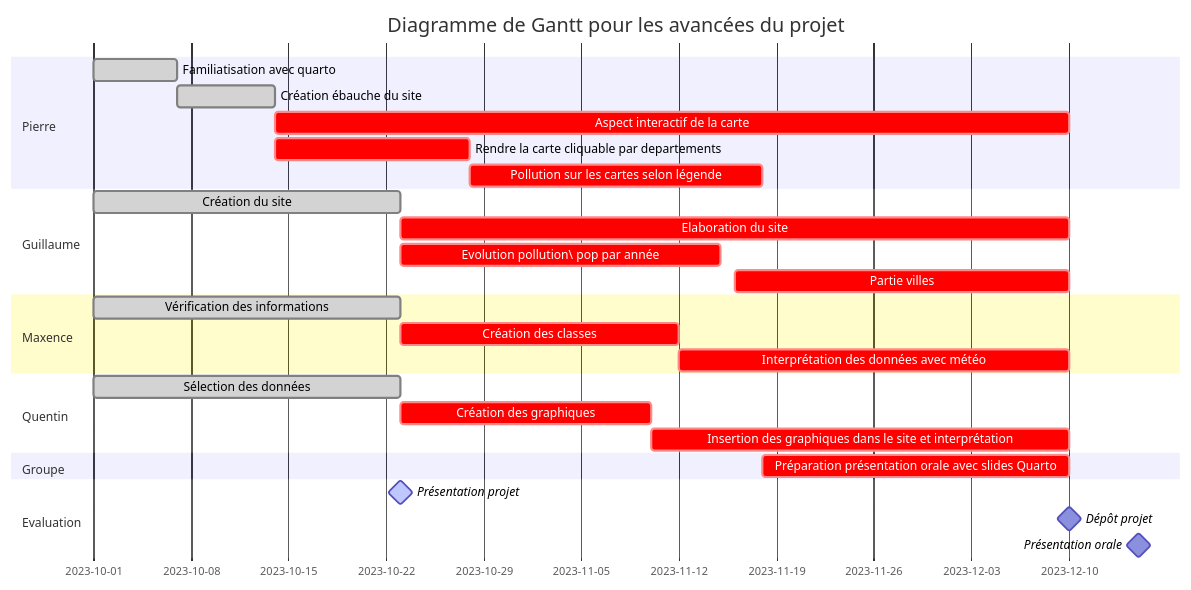
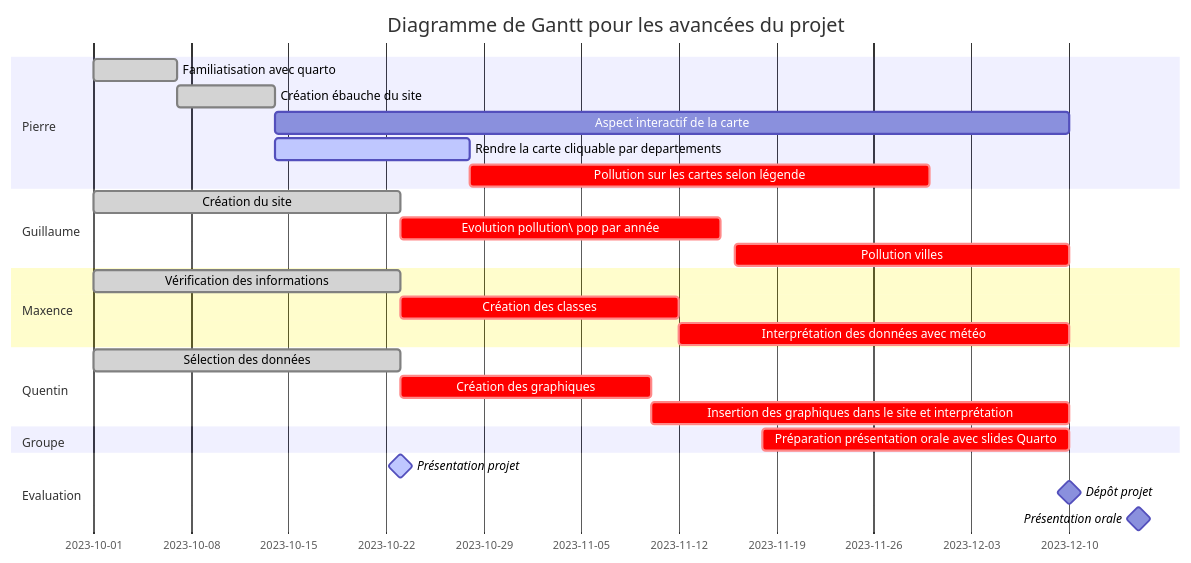
Before and after one commit to guibouland/GroupProject: the diagram in roadmap/README.qmd, drawn with Mermaid.

Commit message:
modif roadmap

````diff
--- a/roadmap/README.qmd
+++ b/roadmap/README.qmd
@@ -29,37 +29,36 @@
 ```{mermaid}
     gantt
         dateFormat YYYY-MM-DD
         title Diagramme de Gantt pour les avancées du projet
         
         section Pierre
             Familiatisation avec quarto  : done,     2023-10-01, 2023-10-07
             Création ébauche du site : done,   2023-10-07, 2023-10-14
-            Aspect interactif de la carte : crit,         2023-10-14, 2023-12-10
-            Rendre la carte cliquable par departements : crit,  2023-10-14, 2023-10-28
-            Pollution sur les cartes selon légende : crit, 2023-10-28, 2023-11-18
+            Aspect interactif de la carte : ,         2023-10-14, 2023-12-10
+            Rendre la carte cliquable par departements : active,  2023-10-14, 2023-10-28
+            Pollution sur les cartes selon légende : crit, 2023-10-28, 2023-11-30
             
         section Guillaume
             Création du site  : done,     2023-10-01, 2023-10-23
-            Elaboration du site : crit,         2023-10-23, 2023-12-10
             Evolution pollution\ pop par année: crit,    2023-10-23, 2023-11-15
-            Partie villes: crit,  2023-11-16, 2023-12-10
+            Pollution villes: crit,  2023-11-16, 2023-12-10
             
         section Maxence
             Vérification des informations : done,     2023-10-01, 2023-10-23
             Création des classes : crit,         2023-10-23, 2023-11-12
             Interprétation des données avec météo : crit, 2023-11-12, 2023-12-10
             
         section Quentin
             Sélection des données : done,     2023-10-01, 2023-10-23
             Création des graphiques : crit,         2023-10-23, 2023-11-10
             Insertion des graphiques dans le site et interprétation : crit,         2023-11-10, 2023-12-10
             
         section Groupe
             Préparation présentation orale avec slides Quarto : crit, 2023-11-18, 2023-12-10
         
         section Evaluation
             Présentation projet : active, milestone,     2023-10-23, 2023-10-23
             Dépôt projet : milestone,     2023-12-10, 2023-12-10
             Présentation orale : milestone,     2023-12-15, 2023-12-15
 
 ```
````
